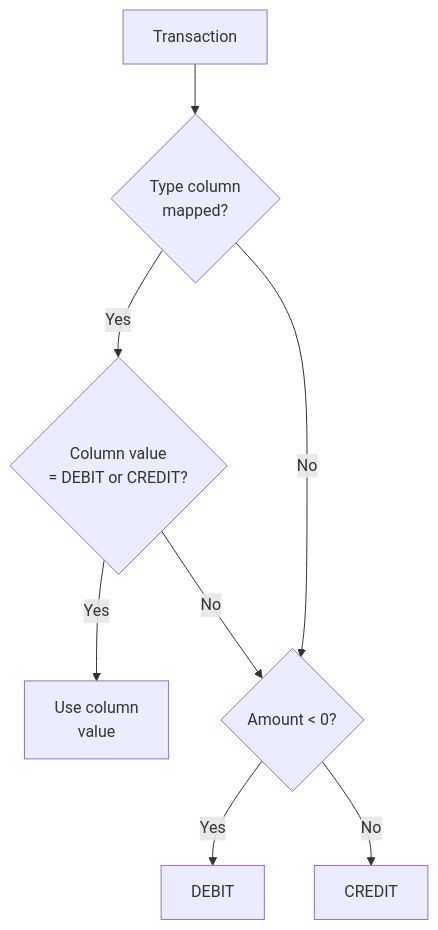
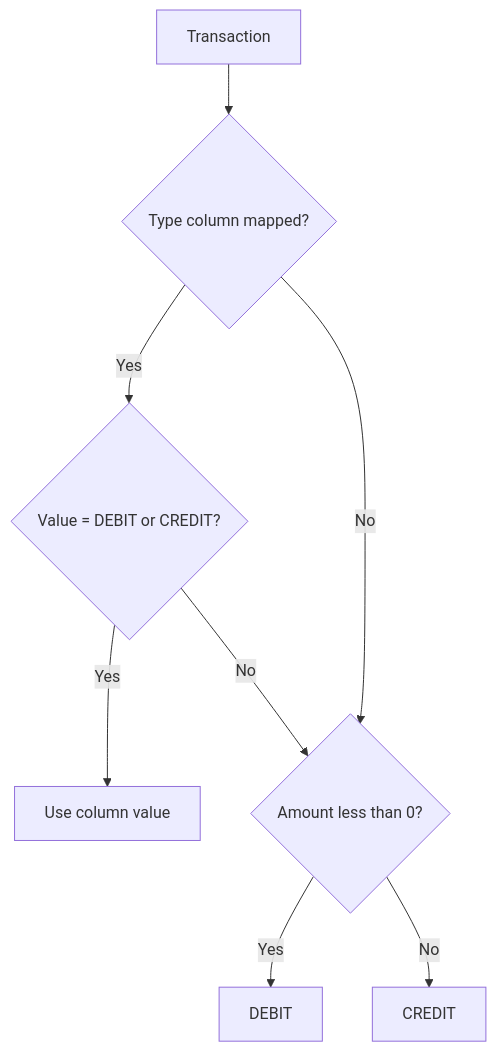
The second of 4 diagrams in docs/en/overview.md (andrebarsotti/csv-to-ofx-converter), drawn with Mermaid before and after one commit. The commit also changed other lines of this file and 13 other files, not shown here.

Commit message:
fix: Remove unsupported br tags from Mermaid diagrams for GitHub rendering

````diff
--- a/docs/en/overview.md
+++ b/docs/en/overview.md
@@ -181,10 +181,10 @@
 ```mermaid
 flowchart TD
-    A[Transaction] --> B{Type column<br/>mapped?}
-    B -->|Yes| C{Column value<br/>= DEBIT or CREDIT?}
-    C -->|Yes| D[Use column<br/>value]
-    C -->|No| E{Amount < 0?}
+    A[Transaction] --> B{Type column mapped?}
+    B -->|Yes| C{Value = DEBIT or CREDIT?}
+    C -->|Yes| D[Use column value]
+    C -->|No| E{Amount less than 0?}
     B -->|No| E
     E -->|Yes| F[DEBIT]
     E -->|No| G[CREDIT]
 ```
````
